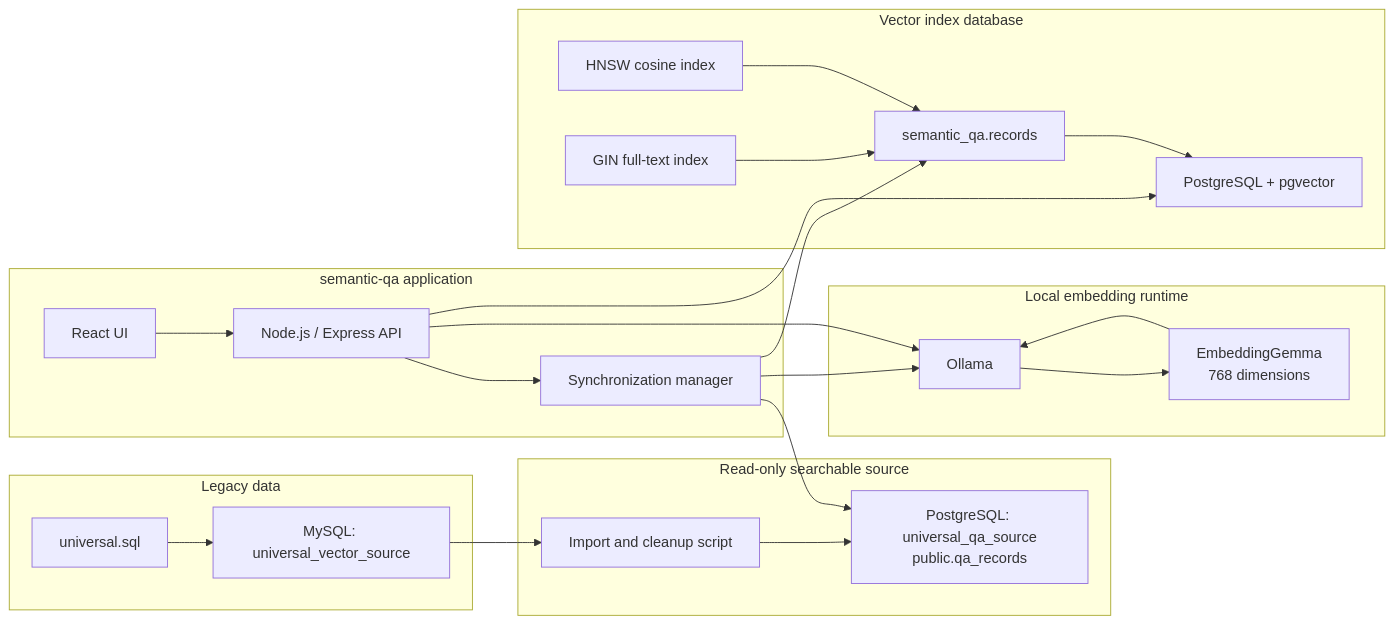
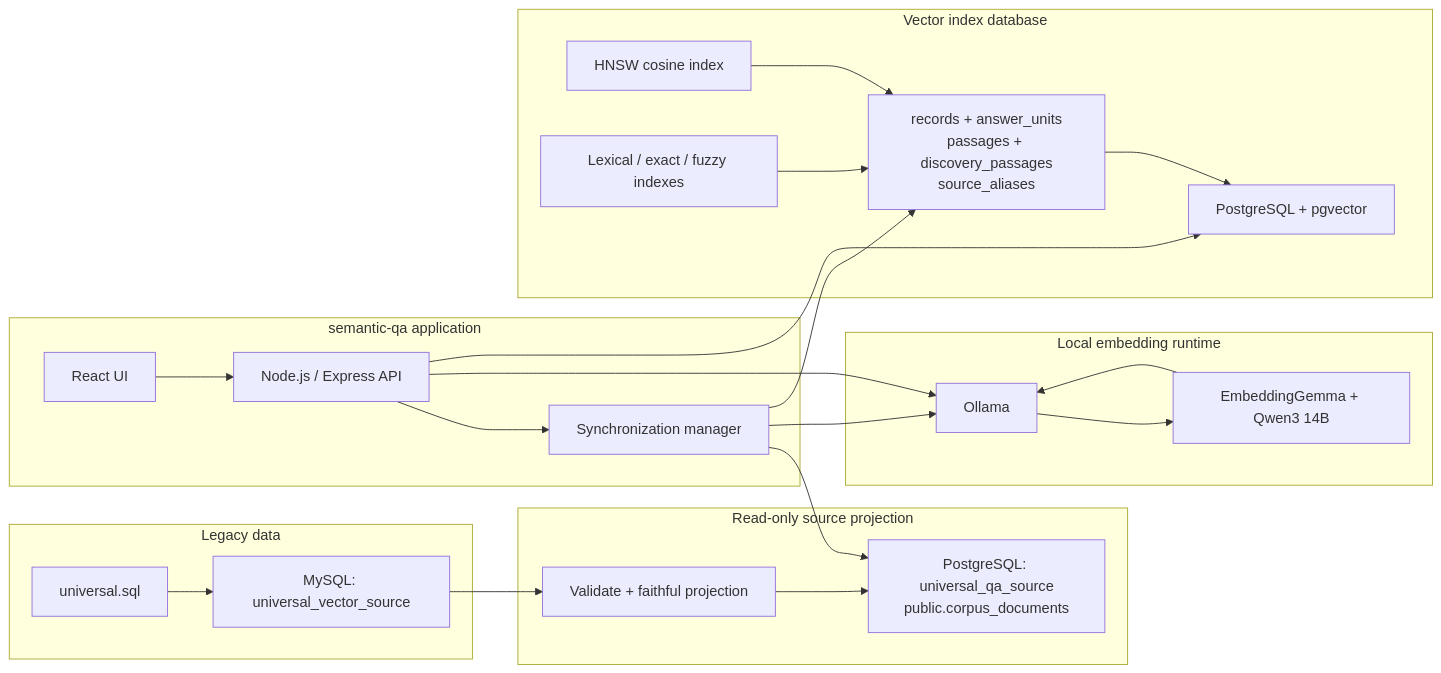
One commit to Ramakanth001/tools changed the first of 4 diagrams in semantic-qa/ARCHITECTURE.md. Above: the diagram before and after it, drawn with Mermaid. The commit also changed other lines of this file and 3 other files, not shown here.

First line of the commit message:
docs(corpus): document the v5 role-aware retrieval architecture and operational flow

````diff
--- a/semantic-qa/ARCHITECTURE.md
+++ b/semantic-qa/ARCHITECTURE.md
@@ -44,46 +45,46 @@
 ```mermaid
 flowchart LR
     subgraph Legacy["Legacy data"]
         SQL["universal.sql"]
         MYSQL["MySQL: universal_vector_source"]
     end
 
-    subgraph Source["Read-only searchable source"]
-        IMPORT["Import and cleanup script"]
-        PG_SOURCE["PostgreSQL: universal_qa_source\npublic.qa_records"]
+    subgraph Source["Read-only source projection"]
+        IMPORT["Validate + faithful projection"]
+        PG_SOURCE["PostgreSQL: universal_qa_source\npublic.corpus_documents"]
     end
 
     subgraph App["semantic-qa application"]
         UI["React UI"]
         API["Node.js / Express API"]
         SYNC["Synchronization manager"]
     end
 
     subgraph Embeddings["Local embedding runtime"]
         OLLAMA["Ollama"]
-        MODEL["EmbeddingGemma\n768 dimensions"]
+        MODEL["EmbeddingGemma + Qwen3 14B"]
     end
 
     subgraph Index["Vector index database"]
         PGVECTOR["PostgreSQL + pgvector"]
-        RECORDS["semantic_qa.records"]
+        RECORDS["records + answer_units\npassages + discovery_passages\nsource_aliases"]
         HNSW["HNSW cosine index"]
-        GIN["GIN full-text index"]
+        GIN["Lexical / exact / fuzzy indexes"]
     end
 
     SQL --> MYSQL
     MYSQL --> IMPORT
     IMPORT --> PG_SOURCE
     UI --> API
     API --> SYNC
     SYNC --> PG_SOURCE
     SYNC --> OLLAMA
     OLLAMA --> MODEL
     MODEL --> OLLAMA
     SYNC --> RECORDS
     RECORDS --> PGVECTOR
     HNSW --> RECORDS
     GIN --> RECORDS
     API --> OLLAMA
     API --> PGVECTOR
 ```
````
